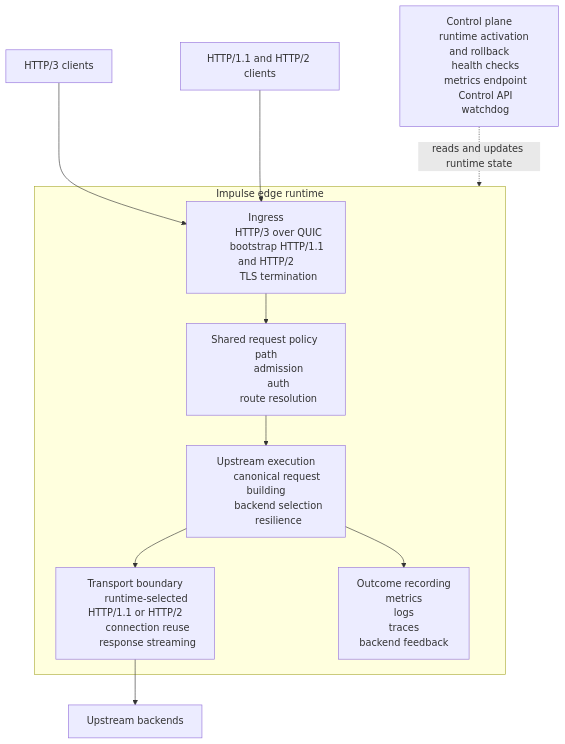
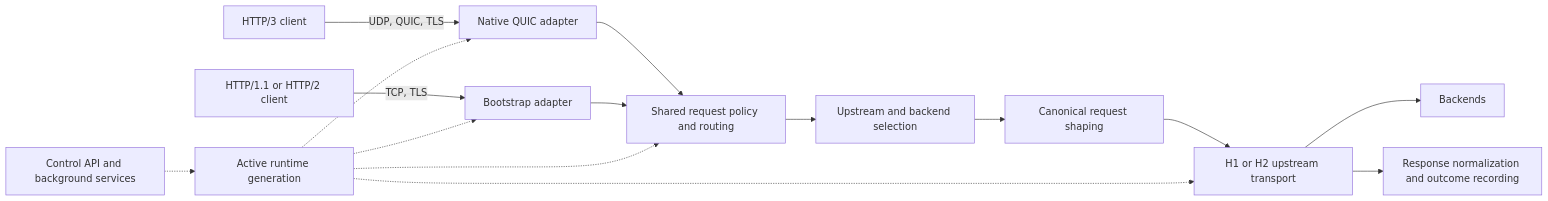
The diagram in docs/architecture/overview.md (impulse-proxy/docs), drawn with Mermaid before and after one commit. The commit also changed other lines of this file and 11 other files, not shown here.

Commit message:
docs: consolidate architecture and request flow

````diff
--- a/docs/architecture/overview.md
+++ b/docs/architecture/overview.md
@@ -58,47 +20,19 @@
 ```mermaid
-flowchart TB
-    client_h3["HTTP/3 clients"]
-    client_bootstrap["HTTP/1.1 and HTTP/2 clients"]
+flowchart LR
+    h3["HTTP/3 client"] -->|"UDP, QUIC, TLS"| native["Native QUIC adapter"]
+    compat["HTTP/1.1 or HTTP/2 client"] -->|"TCP, TLS"| bootstrap["Bootstrap adapter"]
 
-    subgraph impulse["Impulse edge runtime"]
-        ingress["Ingress
-        HTTP/3 over QUIC
-        bootstrap HTTP/1.1 and HTTP/2
-        TLS termination"]
-        admission["Shared request policy path
-        admission
-        auth
-        route resolution"]
-        execution["Upstream execution
-        canonical request building
-        backend selection
-        resilience"]
-        transport["Transport boundary
-        runtime-selected HTTP/1.1 or HTTP/2
-        connection reuse
-        response streaming"]
-        observability["Outcome recording
-        metrics
-        logs
-        traces
-        backend feedback"]
-    end
+    native --> pipeline["Shared request policy and routing"]
+    bootstrap --> pipeline
+    pipeline --> selection["Upstream and backend selection"]
+    selection --> bridge["Canonical request shaping"]
+    bridge --> transport["H1 or H2 upstream transport"]
+    transport --> backends["Backends"]
+    transport --> response["Response normalization and outcome recording"]
 
-    control["Control plane
-    runtime activation and rollback
-    health checks
-    metrics endpoint
-    Control API
-    watchdog"]
-
-    backends["Upstream backends"]
-
-    client_h3 --> ingress
-    client_bootstrap --> ingress
-    ingress --> admission
-    admission --> execution
-    execution --> transport
-    transport --> backends
-    execution --> observability
-    control -. reads and updates runtime state .-> impulse
+    control["Control API and background services"] -.-> runtime["Active runtime generation"]
+    runtime -.-> native
+    runtime -.-> bootstrap
+    runtime -.-> pipeline
+    runtime -.-> transport
 ```
````
